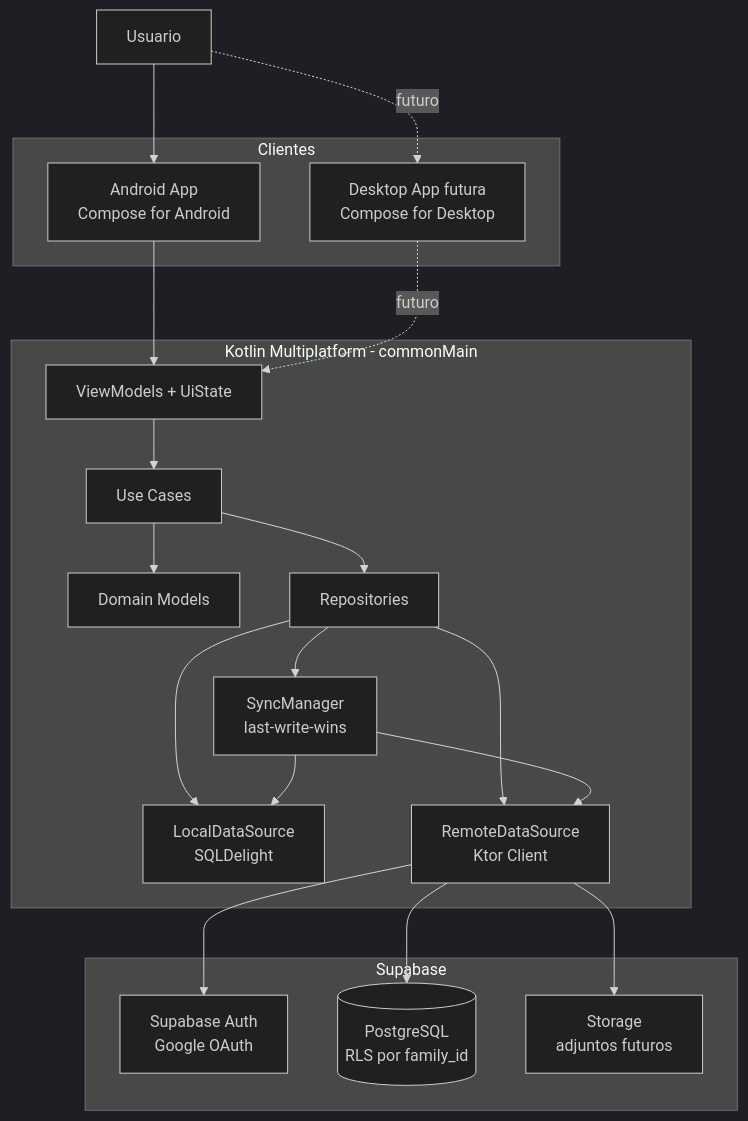
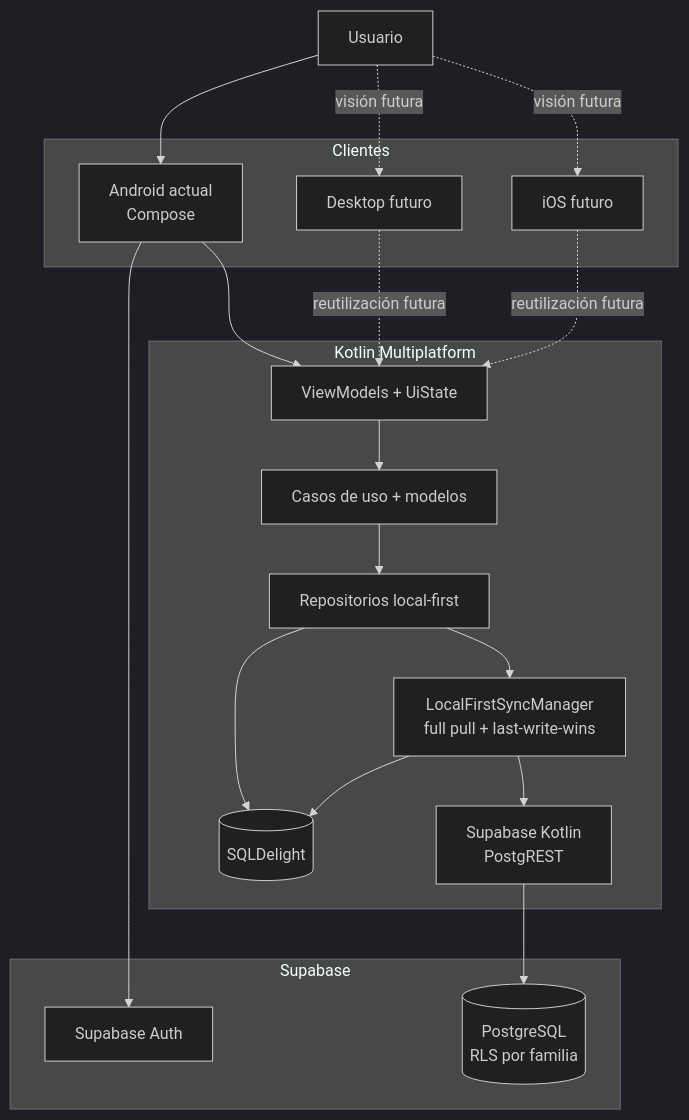
One commit to asensiodev/Carbura changed the first of 3 diagrams in readme.md. Above: the diagram before and after it, drawn with Mermaid (dark theme). The commit also changed other lines of this file and 29 other files, not shown here.

````diff
--- a/readme.md
+++ b/readme.md
@@ -133,41 +132,39 @@
 ```mermaid
 flowchart TD
     User[Usuario]
 
     subgraph Clients[Clientes]
-        Android[Android App\nCompose for Android]
-        Desktop[Desktop App futura\nCompose for Desktop]
+        Android[Android actual\nCompose]
+        Desktop[Desktop futuro]
+        IOS[iOS futuro]
     end
 
-    subgraph Shared[Kotlin Multiplatform - commonMain]
-        VM[ViewModels + UiState]
-        UseCases[Use Cases]
-        Domain[Domain Models]
-        Repo[Repositories]
-        Sync[SyncManager\nlast-write-wins]
-        Local[LocalDataSource\nSQLDelight]
-        Remote[RemoteDataSource\nKtor Client]
+    subgraph Shared[Kotlin Multiplatform]
+        Presentation[ViewModels + UiState]
+        Domain[Casos de uso + modelos]
+        Repositories[Repositorios local-first]
+        Sync[LocalFirstSyncManager\nfull pull + last-write-wins]
+        Local[(SQLDelight)]
+        Remote[Supabase Kotlin\nPostgREST]
     end
 
-    subgraph Supabase[Supabase]
-        Auth[Supabase Auth\nGoogle OAuth]
-        DB[(PostgreSQL\nRLS por family_id)]
-        Storage[Storage\nadjuntos futuros]
+    subgraph Backend[Supabase]
+        Auth[Supabase Auth]
+        DB[(PostgreSQL\nRLS por familia)]
     end
 
     User --> Android
-    User -. futuro .-> Desktop
-    Android --> VM
-    Desktop -. futuro .-> VM
-    VM --> UseCases
-    UseCases --> Domain
-    UseCases --> Repo
-    Repo --> Local
-    Repo --> Remote
-    Repo --> Sync
+    User -. visión futura .-> Desktop
+    User -. visión futura .-> IOS
+    Android --> Presentation
+    Desktop -. reutilización futura .-> Presentation
+    IOS -. reutilización futura .-> Presentation
+    Presentation --> Domain
+    Domain --> Repositories
+    Repositories --> Local
+    Repositories --> Sync
     Sync --> Local
     Sync --> Remote
-    Remote --> Auth
+    Android --> Auth
     Remote --> DB
-    Remote --> Storage
 ```
````
